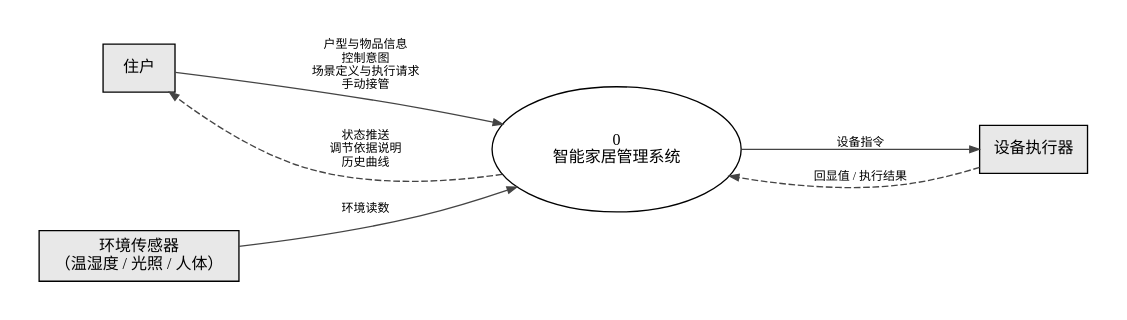
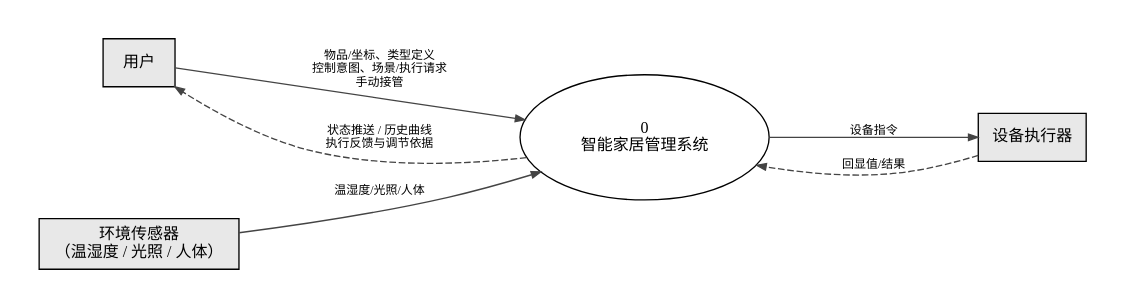
One commit to I-am-not-a-Yuzusoft-fan/smart-home changed the diagram in docs/diagrams/src/00-dfd-top.dot. Above: the diagram before and after it, drawn with Graphviz. The commit also changed 12 other files, not shown here.

Commit message:
docs: 修正跨文档不一致（导入原子性、矩阵加工号、表结构对齐 DDL、DFD 父子平衡、组件树图表化）

```diff
--- a/docs/diagrams/src/00-dfd-top.dot
+++ b/docs/diagrams/src/00-dfd-top.dot
@@ -1,27 +1,28 @@
 // 图 F-1  顶层数据流图（可行性研究 步骤 3「导出新系统的高层逻辑模型」）
 // 顶层只有一个加工、没有数据存储；数据存储在需求阶段的第 1 层展开（05-dfd.dot）。
+// 外部实体与输入/输出数据流与 05-dfd.dot 严格保持父子平衡。
 digraph DFD_TOP {
   graph [rankdir=LR, fontname="PingFang SC", nodesep=0.9, ranksep=1.5, splines=spline, bgcolor="white", pad="0.3"];
   node  [fontname="PingFang SC", fontsize=12, margin="0.14,0.08"];
   edge  [fontname="PingFang SC", fontsize=9, color="#444444", arrowsize=0.7, penwidth=1.0];
 
   // 外部实体
   node [shape=box, style="filled", fillcolor="#E8E8E8"];
-  住户;
+  用户;
   环境传感器 [label="环境传感器\n（温湿度 / 光照 / 人体）"];
   设备执行器;
 
   // 顶层唯一加工
   系统 [shape=ellipse, style="filled", fillcolor="#FFFFFF", width=2.6, height=1.3,
         label="0\n智能家居管理系统"];
 
-  { rank=same; 环境传感器; 住户; }
+  { rank=same; 环境传感器; 用户; }
   { rank=same; 系统; }
   { rank=same; 设备执行器; }
 
-  住户 -> 系统 [label="户型与物品信息\n控制意图\n场景定义与执行请求\n手动接管"];
-  系统 -> 住户 [label="状态推送\n调节依据说明\n历史曲线", style=dashed];
-  环境传感器 -> 系统 [label="环境读数"];
+  用户 -> 系统 [label="物品/坐标、类型定义\n控制意图、场景/执行请求\n手动接管"];
+  系统 -> 用户 [label="状态推送 / 历史曲线\n执行反馈与调节依据", style=dashed];
+  环境传感器 -> 系统 [label="温湿度/光照/人体"];
   系统 -> 设备执行器 [label="设备指令"];
-  设备执行器 -> 系统 [label="回显值 / 执行结果", style=dashed];
+  设备执行器 -> 系统 [label="回显值/结果", style=dashed];
 }
```
